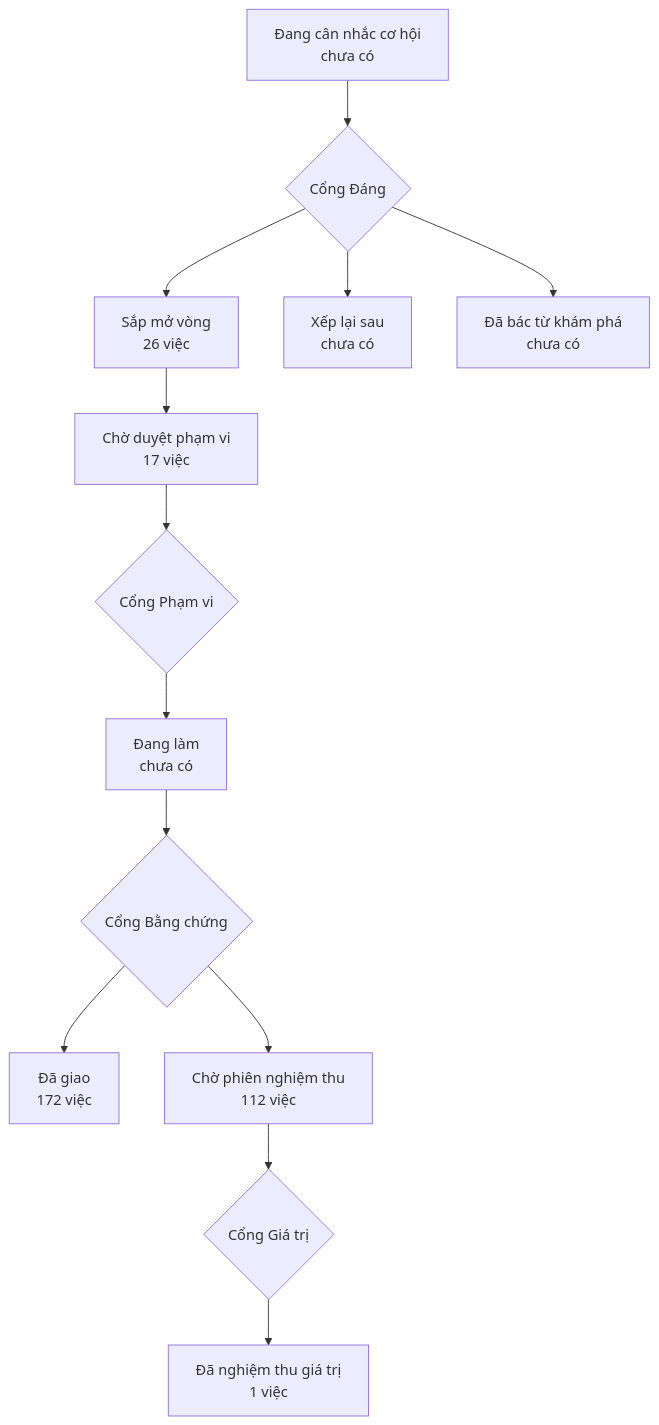
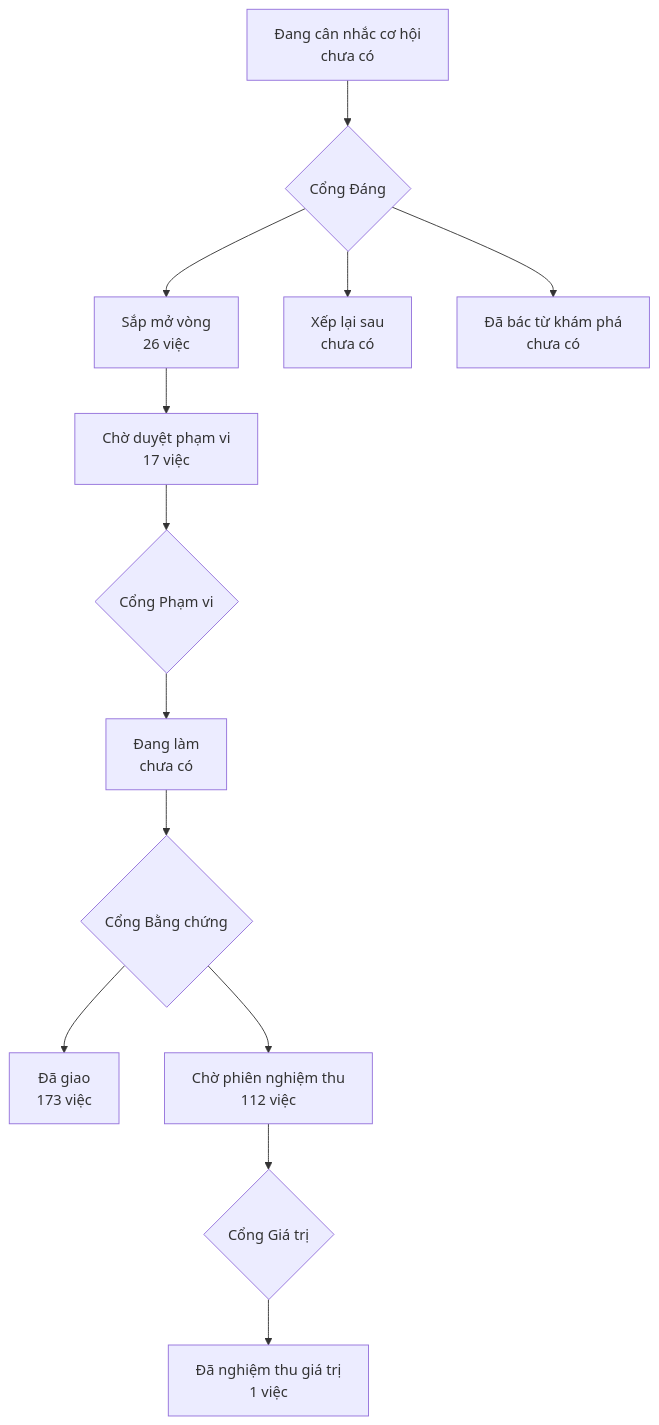
One commit to phanlemanh/onehub-invest changed the diagram in PRODUCT-MAP.md. Above: the diagram before and after it, drawn with Mermaid. The commit also changed other lines of this file and 1 other file, not shown here.

Commit message:
chore: sinh lại bản đồ sau khi gộp main

````diff
--- a/PRODUCT-MAP.md
+++ b/PRODUCT-MAP.md
@@ -7,12 +7,12 @@
 ```mermaid
 flowchart TD
   A["Đang cân nhắc cơ hội<br/>chưa có"] --> GD{"Cổng Đáng"}
   GD --> B["Sắp mở vòng<br/>26 việc"]
   GD --> XL["Xếp lại sau<br/>chưa có"]
   GD --> DB["Đã bác từ khám phá<br/>chưa có"]
   B --> CD["Chờ duyệt phạm vi<br/>17 việc"] --> GP{"Cổng Phạm vi"}
   GP --> DL["Đang làm<br/>chưa có"] --> GB{"Cổng Bằng chứng"}
-  GB --> DG["Đã giao<br/>172 việc"]
+  GB --> DG["Đã giao<br/>173 việc"]
   GB --> CN["Chờ phiên nghiệm thu<br/>112 việc"] --> GG{"Cổng Giá trị"}
   GG --> NT["Đã nghiệm thu giá trị<br/>1 việc"]
 ```
````
